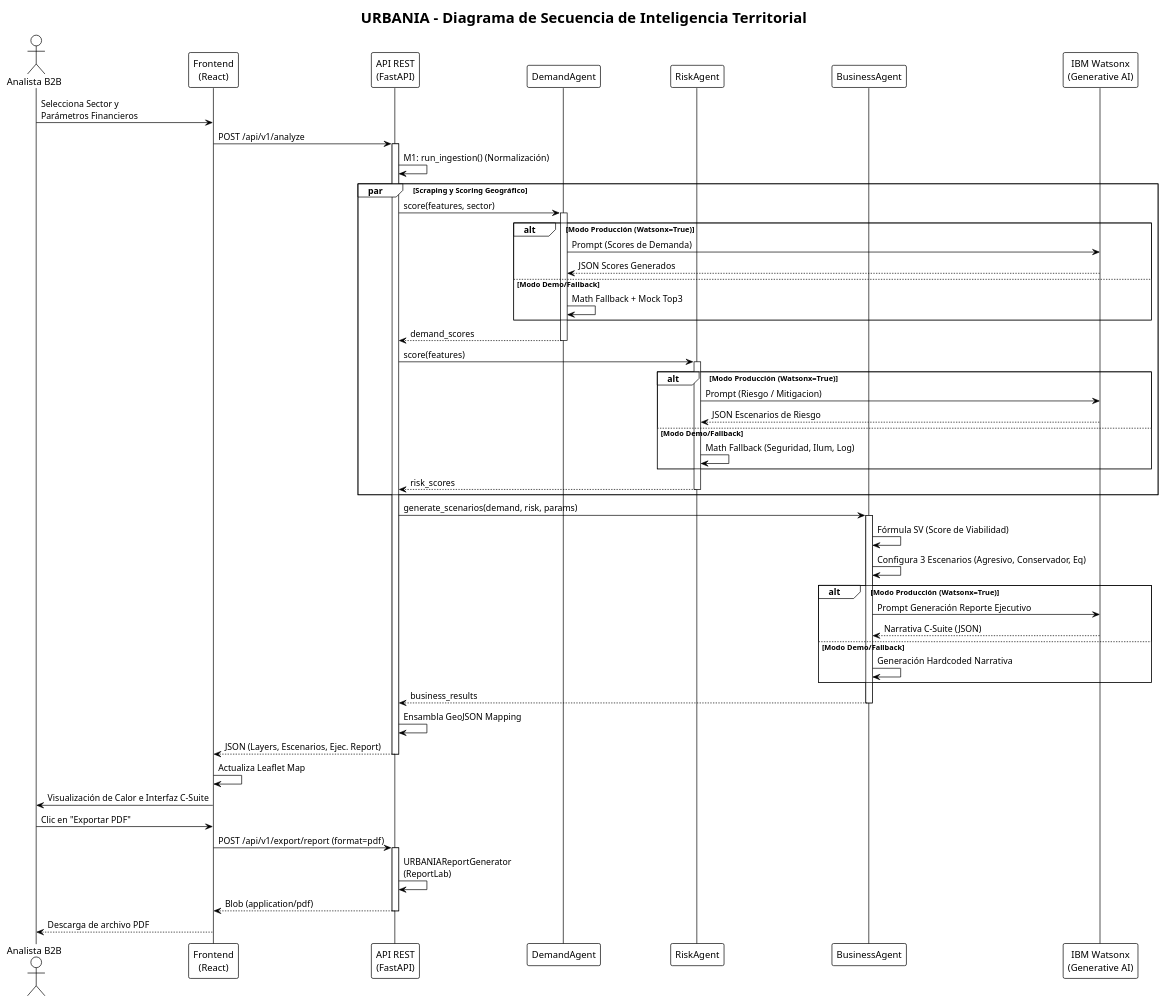
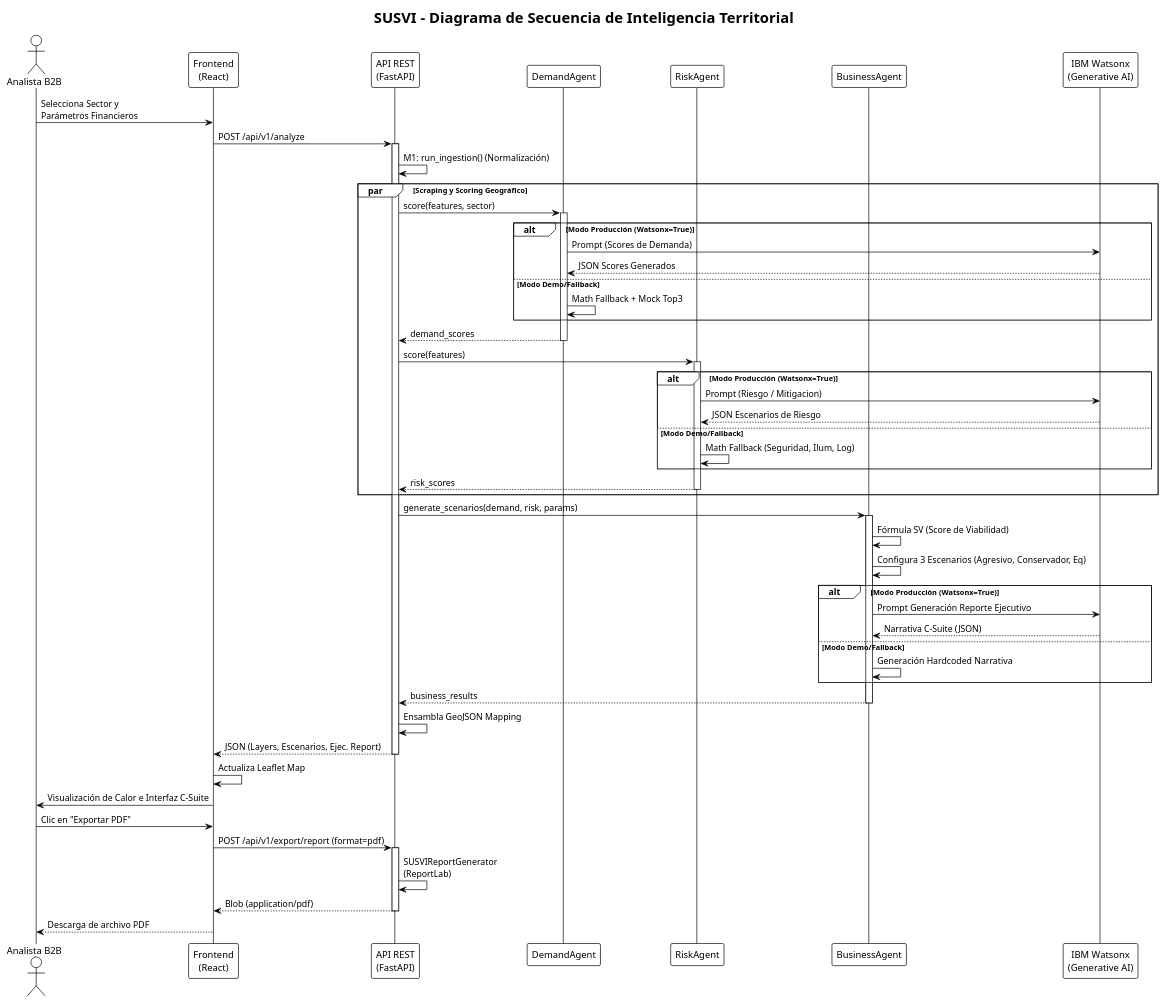
The diagram in docs/sequence_diagram.puml (IsaiPerez02033/URBANIA), drawn with PlantUML before and after one commit. The commit also changed 36 other files, not shown here.

```diff
--- a/docs/sequence_diagram.puml
+++ b/docs/sequence_diagram.puml
@@ -1,72 +1,72 @@
 @startuml
 !theme plain
 
-title URBANIA - Diagrama de Secuencia de Inteligencia Territorial
+title SUSVI - Diagrama de Secuencia de Inteligencia Territorial
 
 actor "Analista B2B" as User
 participant "Frontend\n(React)" as UI
 participant "API REST\n(FastAPI)" as API
 participant "DemandAgent" as DA
 participant "RiskAgent" as RA
 participant "BusinessAgent" as BA
 participant "IBM Watsonx\n(Generative AI)" as Watsonx
 
 User -> UI: Selecciona Sector y\nParámetros Financieros
 UI -> API: POST /api/v1/analyze
 activate API
 
 API -> API: M1: run_ingestion() (Normalización)
 
 par Scraping y Scoring Geográfico
     API -> DA: score(features, sector)
     activate DA
     alt Modo Producción (Watsonx=True)
         DA -> Watsonx: Prompt (Scores de Demanda)
         Watsonx --> DA: JSON Scores Generados
     else Modo Demo/Fallback
         DA -> DA: Math Fallback + Mock Top3
     end
     DA --> API: demand_scores
     deactivate DA
     
     API -> RA: score(features)
     activate RA
     alt Modo Producción (Watsonx=True)
         RA -> Watsonx: Prompt (Riesgo / Mitigacion)
         Watsonx --> RA: JSON Escenarios de Riesgo
     else Modo Demo/Fallback
         RA -> RA: Math Fallback (Seguridad, Ilum, Log)
     end
     RA --> API: risk_scores
     deactivate RA
 end
 
 API -> BA: generate_scenarios(demand, risk, params)
 activate BA
 BA -> BA: Fórmula SV (Score de Viabilidad)
 BA -> BA: Configura 3 Escenarios (Agresivo, Conservador, Eq)
 alt Modo Producción (Watsonx=True)
     BA -> Watsonx: Prompt Generación Reporte Ejecutivo
     Watsonx --> BA: Narrativa C-Suite (JSON)
 else Modo Demo/Fallback
     BA -> BA: Generación Hardcoded Narrativa
 end
 BA --> API: business_results
 deactivate BA
 
 API -> API: Ensambla GeoJSON Mapping
 API --> UI: JSON (Layers, Escenarios, Ejec. Report)
 deactivate API
 
 UI -> UI: Actualiza Leaflet Map
 UI -> User: Visualización de Calor e Interfaz C-Suite
 
 User -> UI: Clic en "Exportar PDF"
 UI -> API: POST /api/v1/export/report (format=pdf)
 activate API
-API -> API: URBANIAReportGenerator\n(ReportLab)
+API -> API: SUSVIReportGenerator\n(ReportLab)
 API --> UI: Blob (application/pdf)
 deactivate API
 UI --> User: Descarga de archivo PDF
 
 @enduml
```
